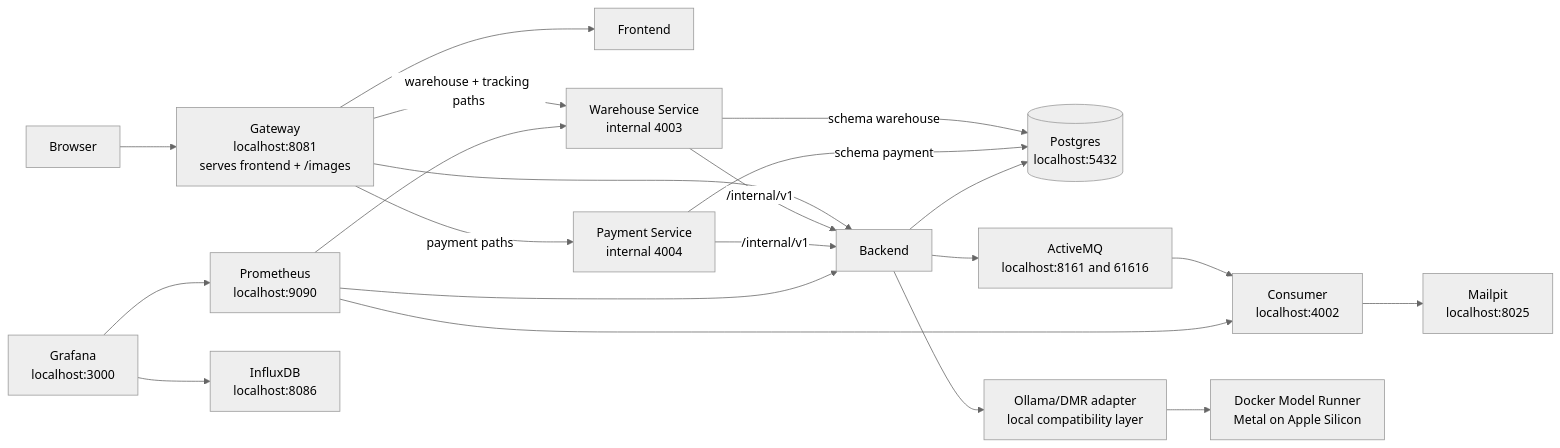
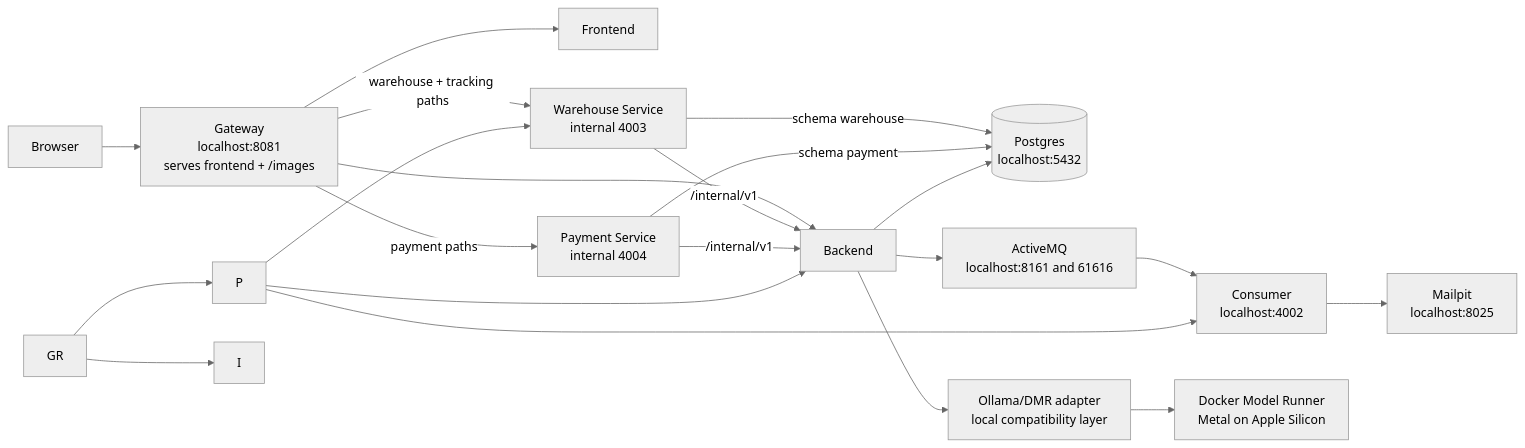
Before and after one commit to slawekradzyminski/awesome-localstack: the second of 3 diagrams in README.md, drawn with Mermaid (neutral theme). The commit also changed other lines of this file and 51 other files, not shown here.

````diff
--- a/README.md
+++ b/README.md
@@ -298,39 +301,36 @@
 ```mermaid
 flowchart LR
     U[Browser]
     G[Gateway<br/>localhost:8081<br/>serves frontend + /images]
     F[Frontend]
     B[Backend]
     W[Warehouse Service<br/>internal 4003]
     PS[Payment Service<br/>internal 4004]
     DB[(Postgres<br/>localhost:5432)]
     MQ[ActiveMQ<br/>localhost:8161 and 61616]
     C[Consumer<br/>localhost:4002]
     M[Mailpit<br/>localhost:8025]
     A[Ollama/DMR adapter<br/>local compatibility layer]
     O[Docker Model Runner<br/>Metal on Apple Silicon]
-    P[Prometheus<br/>localhost:9090]
-    GR[Grafana<br/>localhost:3000]
-    I[InfluxDB<br/>localhost:8086]
 
     U --> G
     G --> F
     G --> B
     G -->|warehouse + tracking paths| W
     G -->|payment paths| PS
     W -->|/internal/v1| B
     PS -->|/internal/v1| B
     W -->|schema warehouse| DB
     PS -->|schema payment| DB
     B --> DB
     B --> MQ
     MQ --> C
     C --> M
     B --> A
     A --> O
     P --> B
     P --> C
     P --> W
     GR --> P
     GR --> I
 ```
````
